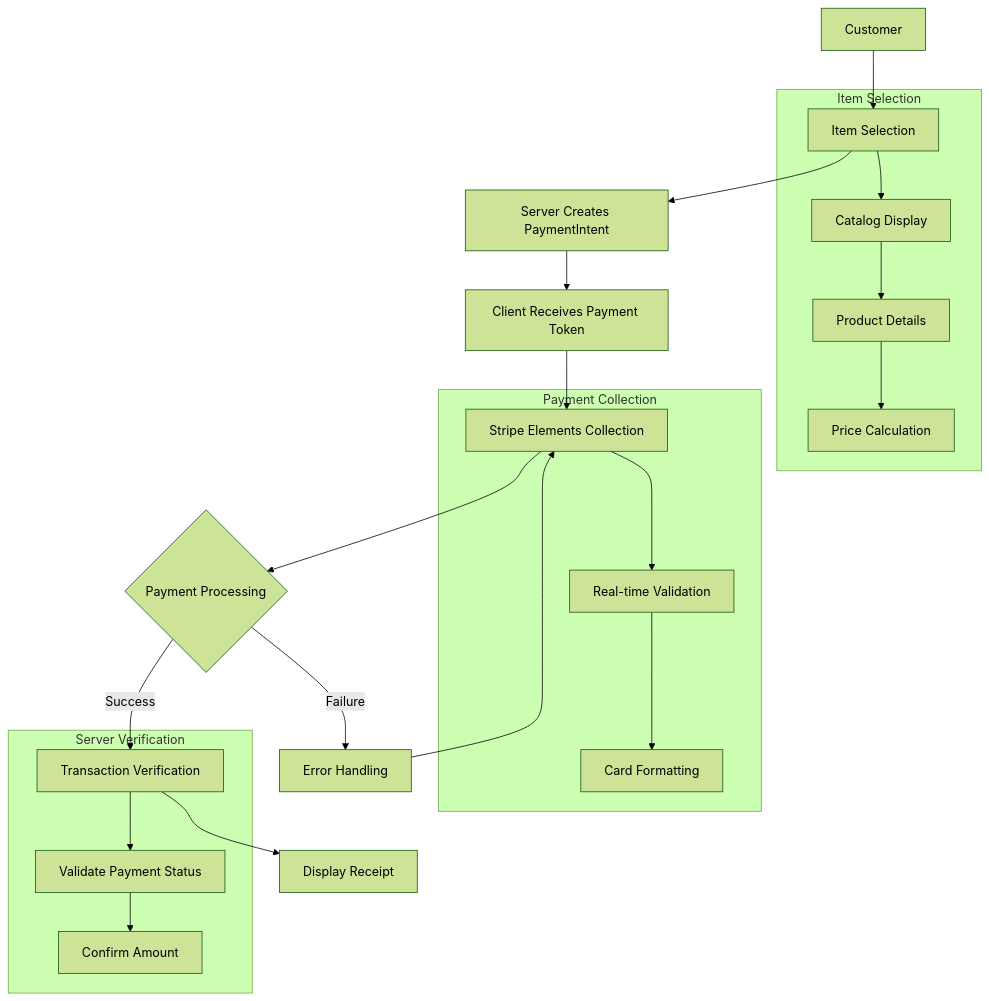
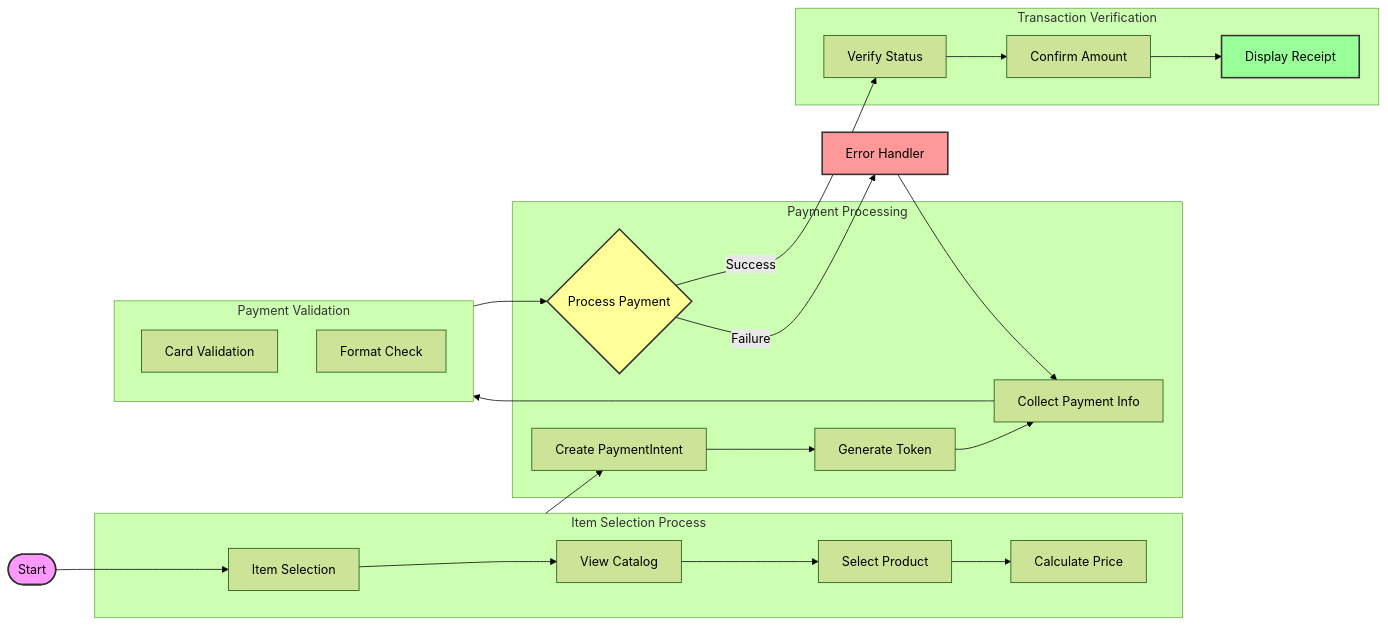
The diagram in README.md (therealkevops/sa-thp-solution), drawn with Mermaid (forest theme) before and after one commit.

Commit message:
minor edits

````diff
--- a/README.md
+++ b/README.md
@@ -65,28 +65,44 @@
 ```mermaid
-flowchart TB
-    A[Customer] --> B[Item Selection]
-    B --> C[Server Creates PaymentIntent]
-    C --> D[Client Receives Payment Token]
-    D --> E[Stripe Elements Collection]
-    E --> F{Payment Processing}
-    F -->|Success| G[Transaction Verification]
-    G --> H[Display Receipt]
-    F -->|Failure| I[Error Handling]
+flowchart LR
+    A([Start]) --> B[Item Selection]
+    
+    subgraph Selection["Item Selection Process"]
+        B --> B1[View Catalog]
+        B1 --> B2[Select Product]
+        B2 --> B3[Calculate Price]
+    end
+    
+    subgraph Payment["Payment Processing"]
+        C[Create PaymentIntent]
+        D[Generate Token]
+        E[Collect Payment Info]
+        F{Process Payment}
+    end
+    
+    subgraph Validation["Payment Validation"]
+        E1[Card Validation]
+        E2[Format Check]
+    end
+    
+    subgraph Verification["Transaction Verification"]
+        G1[Verify Status]
+        G2[Confirm Amount]
+        H[Display Receipt]
+    end
+    
+    Selection --> C
+    C --> D
+    D --> E
+    E --> Validation
+    Validation --> F
+    F -->|Success| G1
+    G1 --> G2
+    G2 --> H
+    F -->|Failure| I[Error Handler]
     I --> E
     
-    subgraph "Item Selection"
-    B --> B1[Catalog Display]
-    B1 --> B2[Product Details]
-    B2 --> B3[Price Calculation]
-    end
-    
-    subgraph "Payment Collection"
-    E --> E1[Real-time Validation]
-    E1 --> E2[Card Formatting]
-    end
-    
-    subgraph "Server Verification"
-    G --> G1[Validate Payment Status]
-    G1 --> G2[Confirm Amount]
-    end
+    style A fill:#f9f,stroke:#333,stroke-width:2px
+    style F fill:#ff9,stroke:#333,stroke-width:2px
+    style H fill:#9f9,stroke:#333,stroke-width:2px
+    style I fill:#f99,stroke:#333,stroke-width:2px
 ```
````
